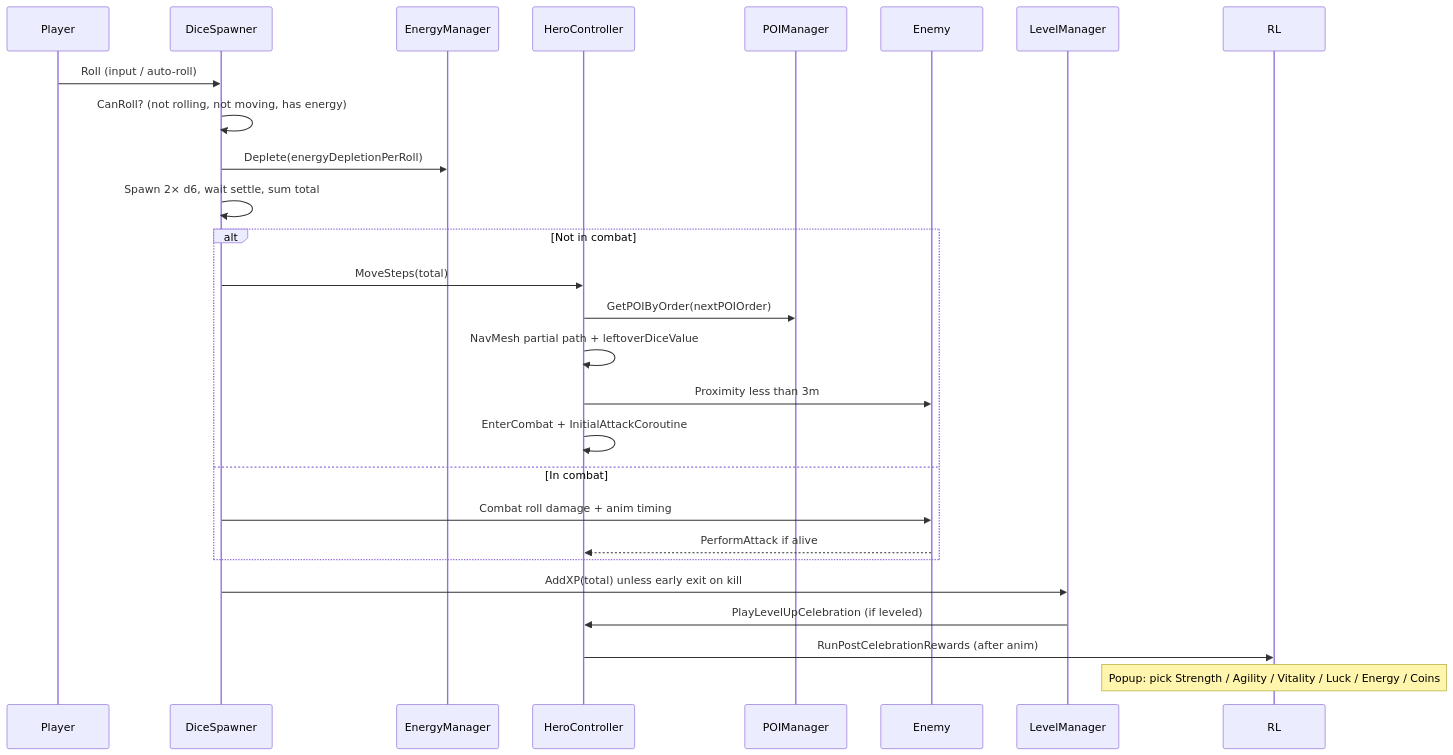
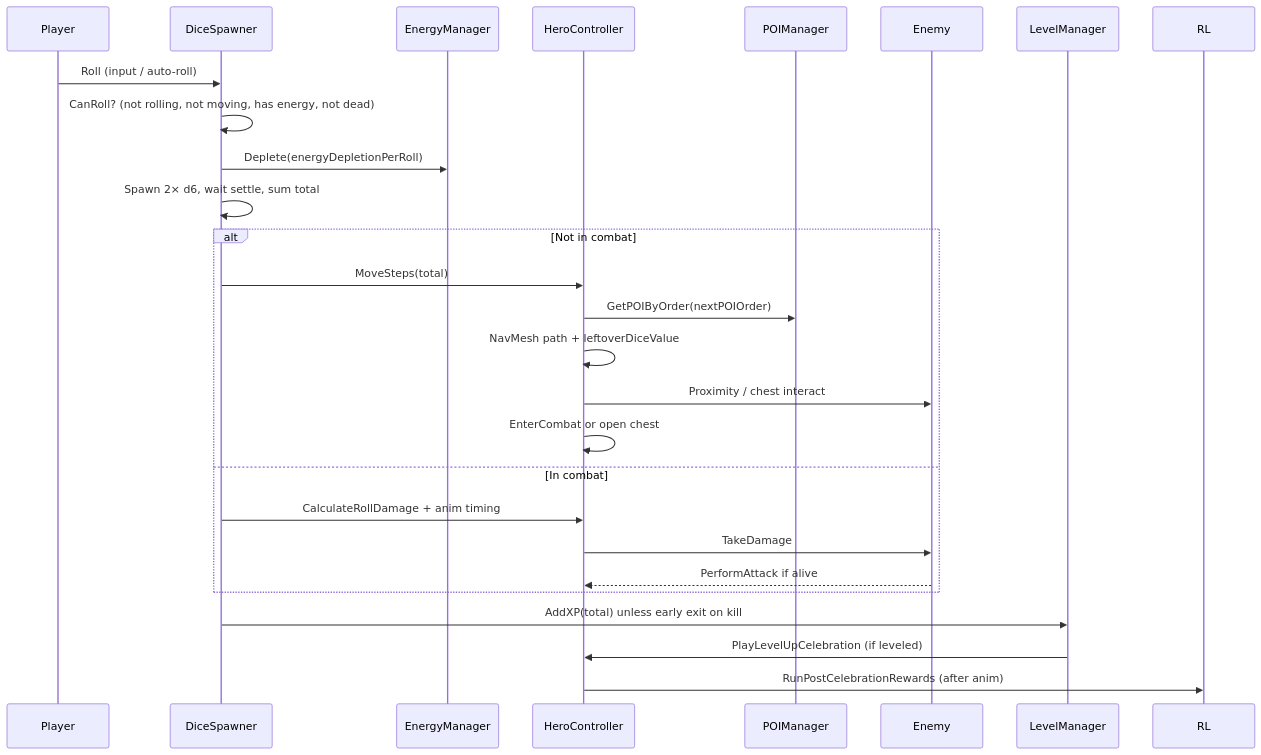
The fifth of 6 diagrams in docs/ARCHITECTURE.md (czyzem-stack/fatesRoll), drawn with Mermaid before and after one commit. The commit also changed other lines of this file and 3 other files, not shown here.

Commit message:
Refresh ARCHITECTURE for bootstrap flow, meta UI, and equipment loot foundation

````diff
--- a/docs/ARCHITECTURE.md
+++ b/docs/ARCHITECTURE.md
@@ -195,31 +237,31 @@
 ```mermaid
 sequenceDiagram
     participant P as Player
     participant DS as DiceSpawner
     participant EM as EnergyManager
     participant HC as HeroController
     participant PM as POIManager
     participant EN as Enemy
     participant LM as LevelManager
 
     P->>DS: Roll (input / auto-roll)
-    DS->>DS: CanRoll? (not rolling, not moving, has energy)
+    DS->>DS: CanRoll? (not rolling, not moving, has energy, not dead)
     DS->>EM: Deplete(energyDepletionPerRoll)
     DS->>DS: Spawn 2× d6, wait settle, sum total
 
     alt Not in combat
         DS->>HC: MoveSteps(total)
         HC->>PM: GetPOIByOrder(nextPOIOrder)
-        HC->>HC: NavMesh partial path + leftoverDiceValue
-        HC->>EN: Proximity less than 3m
-        HC->>HC: EnterCombat + InitialAttackCoroutine
+        HC->>HC: NavMesh path + leftoverDiceValue
+        HC->>EN: Proximity / chest interact
+        HC->>HC: EnterCombat or open chest
     else In combat
-        DS->>EN: Combat roll damage + anim timing
+        DS->>HC: CalculateRollDamage + anim timing
+        HC->>EN: TakeDamage
         EN-->>HC: PerformAttack if alive
     end
 
     DS->>LM: AddXP(total) unless early exit on kill
     LM->>HC: PlayLevelUpCelebration (if leveled)
     HC->>RL: RunPostCelebrationRewards (after anim)
-    Note over RL: Popup: pick Strength / Agility / Vitality / Luck / Energy / Coins
 ```
````
